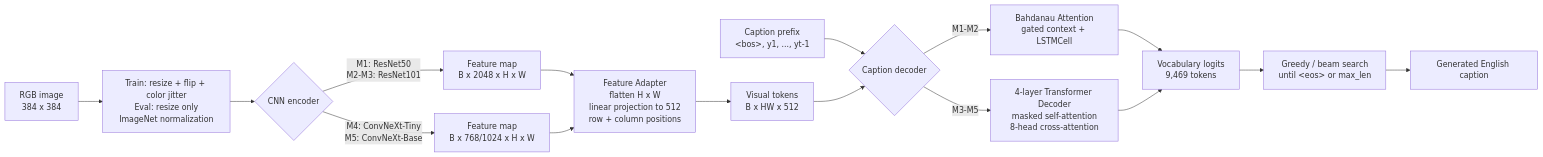
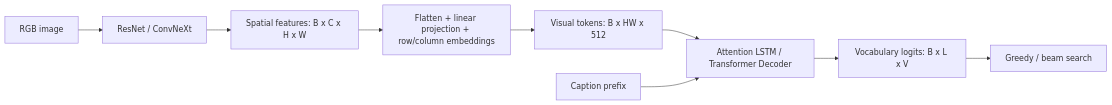
The diagram in README.md (GrainRain0203/flickr30k-image-captioning-scst), drawn with Mermaid before and after one commit. The commit also changed other lines of this file and 1 other file, not shown here.

Commit message:
docs: rewrite course project README in Chinese and English

````diff
--- a/README.md
+++ b/README.md
@@ -30,18 +21,11 @@
 ```mermaid
 flowchart LR
-    I["RGB image<br/>384 x 384"] --> P["Train: resize + flip + color jitter<br/>Eval: resize only<br/>ImageNet normalization"]
-    P --> E{"CNN encoder"}
-    E -->|"M1: ResNet50<br/>M2-M3: ResNet101"| R["Feature map<br/>B x 2048 x H x W"]
-    E -->|"M4: ConvNeXt-Tiny<br/>M5: ConvNeXt-Base"| C["Feature map<br/>B x 768/1024 x H x W"]
-    R --> A["Feature Adapter<br/>flatten H x W<br/>linear projection to 512<br/>row + column positions"]
-    C --> A
-    A --> V["Visual tokens<br/>B x HW x 512"]
-    T["Caption prefix<br/>&lt;bos&gt;, y1, ..., yt-1"] --> D{"Caption decoder"}
-    V --> D
-    D -->|"M1-M2"| L["Bahdanau Attention<br/>gated context + LSTMCell"]
-    D -->|"M3-M5"| X["4-layer Transformer Decoder<br/>masked self-attention<br/>8-head cross-attention"]
-    L --> O["Vocabulary logits<br/>9,469 tokens"]
-    X --> O
-    O --> G["Greedy / beam search<br/>until &lt;eos&gt; or max_len"]
-    G --> Y["Generated English caption"]
+    I["RGB image"] --> CNN["ResNet / ConvNeXt"]
+    CNN --> F["Spatial features: B x C x H x W"]
+    F --> A["Flatten + linear projection + row/column embeddings"]
+    A --> V["Visual tokens: B x HW x 512"]
+    V --> D["Attention LSTM / Transformer Decoder"]
+    P["Caption prefix"] --> D
+    D --> O["Vocabulary logits: B x L x V"]
+    O --> G["Greedy / beam search"]
 ```
````
